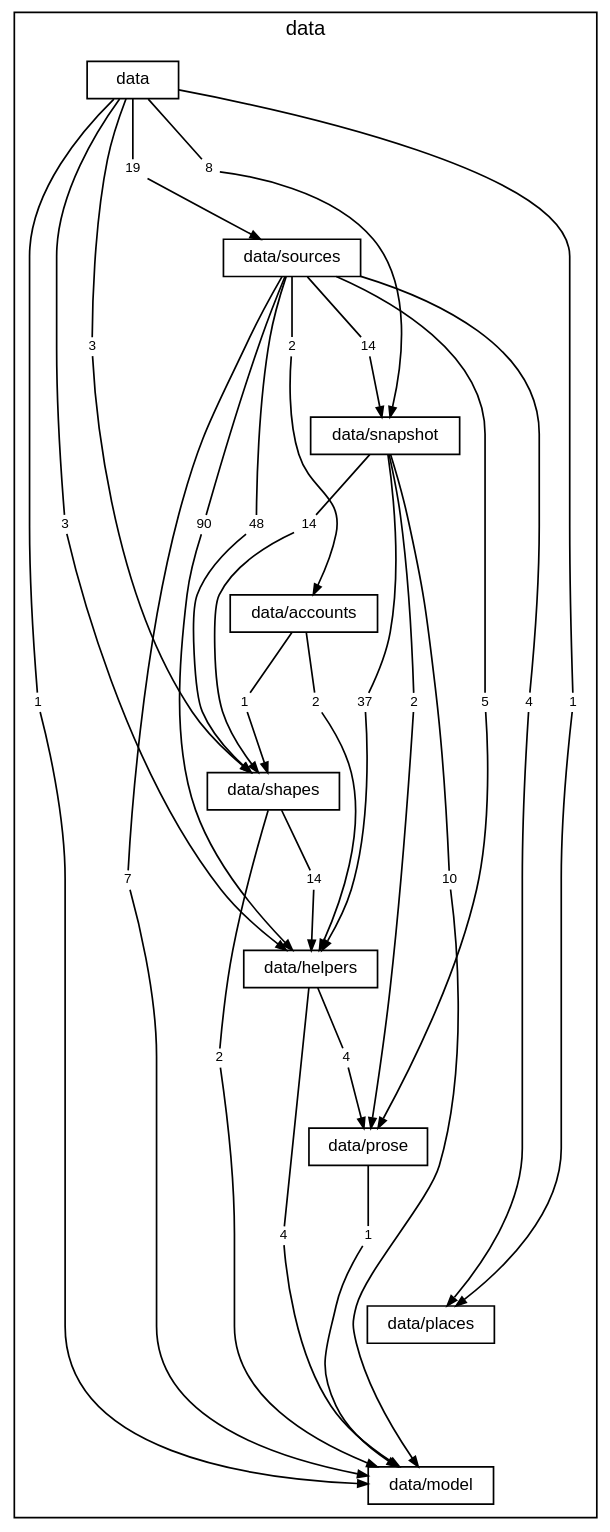
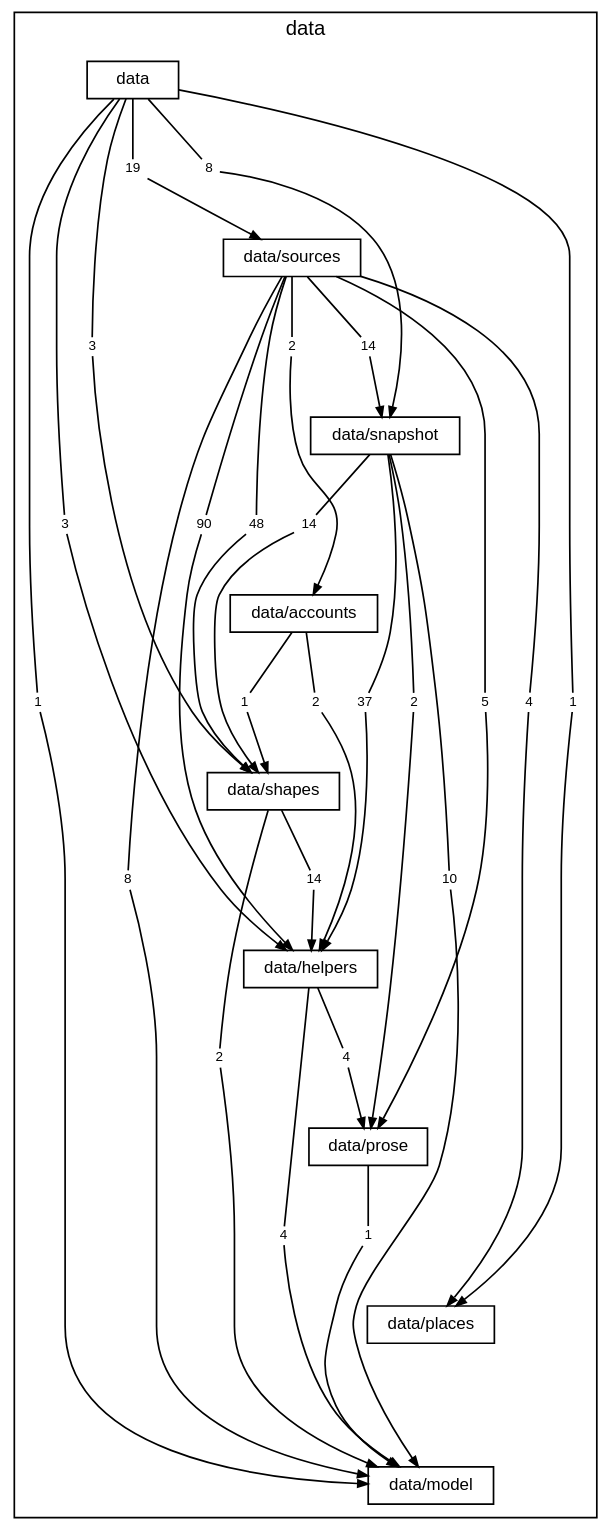
One commit to TheAxeC/oculus changed the diagram in docs/diagrams/layer-data.dot. Above: the diagram before and after it, drawn with Graphviz. The commit also changed 46 other files, not shown here.

```diff
--- a/docs/diagrams/layer-data.dot
+++ b/docs/diagrams/layer-data.dot
@@ -1,97 +1,97 @@
 digraph layer_data {
     graph [bgcolor="transparent", rankdir=TB, newrank=true, mclimit=4, fontname="Helvetica", fontsize=12, nodesep=0.2, ranksep=0.5];
     node [shape=box, color="black", fontcolor="black", fontname="Helvetica", fontsize=10, height=0.3, margin="0.12,0.04"];
     edge [color="black", fontcolor="black", fontname="Helvetica", fontsize=8, arrowsize=0.6];
     subgraph "cluster_data" {
         label="data"; style=solid;
         "folder data" [label="data"];
         "folder data/sources" [label="data/sources"];
         "folder data/snapshot" [label="data/snapshot"];
         "folder data/accounts" [label="data/accounts"];
         "folder data/shapes" [label="data/shapes"];
         "folder data/helpers" [label="data/helpers"];
         "folder data/prose" [label="data/prose"];
         "folder data/places" [label="data/places"];
         "folder data/model" [label="data/model"];
         "folder data to folder data/helpers" [label="3", shape=box, color="transparent", fontsize=8, width=0, height=0, margin="0.04,0.02"];
         "folder data to folder data/model" [label="1", shape=box, color="transparent", fontsize=8, width=0, height=0, margin="0.04,0.02"];
         "folder data to folder data/places" [label="1", shape=box, color="transparent", fontsize=8, width=0, height=0, margin="0.04,0.02"];
         "folder data to folder data/shapes" [label="3", shape=box, color="transparent", fontsize=8, width=0, height=0, margin="0.04,0.02"];
         "folder data to folder data/snapshot" [label="8", shape=box, color="transparent", fontsize=8, width=0, height=0, margin="0.04,0.02"];
         "folder data to folder data/sources" [label="19", shape=box, color="transparent", fontsize=8, width=0, height=0, margin="0.04,0.02"];
         "folder data/sources to folder data/accounts" [label="2", shape=box, color="transparent", fontsize=8, width=0, height=0, margin="0.04,0.02"];
         "folder data/sources to folder data/helpers" [label="90", shape=box, color="transparent", fontsize=8, width=0, height=0, margin="0.04,0.02"];
-        "folder data/sources to folder data/model" [label="7", shape=box, color="transparent", fontsize=8, width=0, height=0, margin="0.04,0.02"];
+        "folder data/sources to folder data/model" [label="8", shape=box, color="transparent", fontsize=8, width=0, height=0, margin="0.04,0.02"];
         "folder data/sources to folder data/places" [label="4", shape=box, color="transparent", fontsize=8, width=0, height=0, margin="0.04,0.02"];
         "folder data/sources to folder data/prose" [label="5", shape=box, color="transparent", fontsize=8, width=0, height=0, margin="0.04,0.02"];
         "folder data/sources to folder data/shapes" [label="48", shape=box, color="transparent", fontsize=8, width=0, height=0, margin="0.04,0.02"];
         "folder data/sources to folder data/snapshot" [label="14", shape=box, color="transparent", fontsize=8, width=0, height=0, margin="0.04,0.02"];
         "folder data/snapshot to folder data/helpers" [label="37", shape=box, color="transparent", fontsize=8, width=0, height=0, margin="0.04,0.02"];
         "folder data/snapshot to folder data/model" [label="10", shape=box, color="transparent", fontsize=8, width=0, height=0, margin="0.04,0.02"];
         "folder data/snapshot to folder data/prose" [label="2", shape=box, color="transparent", fontsize=8, width=0, height=0, margin="0.04,0.02"];
         "folder data/snapshot to folder data/shapes" [label="14", shape=box, color="transparent", fontsize=8, width=0, height=0, margin="0.04,0.02"];
         "folder data/accounts to folder data/helpers" [label="2", shape=box, color="transparent", fontsize=8, width=0, height=0, margin="0.04,0.02"];
         "folder data/accounts to folder data/shapes" [label="1", shape=box, color="transparent", fontsize=8, width=0, height=0, margin="0.04,0.02"];
         "folder data/shapes to folder data/helpers" [label="14", shape=box, color="transparent", fontsize=8, width=0, height=0, margin="0.04,0.02"];
         "folder data/shapes to folder data/model" [label="2", shape=box, color="transparent", fontsize=8, width=0, height=0, margin="0.04,0.02"];
         "folder data/helpers to folder data/model" [label="4", shape=box, color="transparent", fontsize=8, width=0, height=0, margin="0.04,0.02"];
         "folder data/helpers to folder data/prose" [label="4", shape=box, color="transparent", fontsize=8, width=0, height=0, margin="0.04,0.02"];
         "folder data/prose to folder data/model" [label="1", shape=box, color="transparent", fontsize=8, width=0, height=0, margin="0.04,0.02"];
     }
     "folder data" -> "folder data/sources" [style=invis, weight=10, minlen=2];
     "folder data/sources" -> "folder data/snapshot" [style=invis, weight=10, minlen=2];
     "folder data/snapshot" -> "folder data/accounts" [style=invis, weight=10, minlen=2];
     "folder data/accounts" -> "folder data/shapes" [style=invis, weight=10, minlen=2];
     "folder data/shapes" -> "folder data/helpers" [style=invis, weight=10, minlen=2];
     "folder data/helpers" -> "folder data/prose" [style=invis, weight=10, minlen=2];
     "folder data/prose" -> "folder data/places" [style=invis, weight=10, minlen=2];
     "folder data/places" -> "folder data/model" [style=invis, weight=10, minlen=2];
     "folder data" -> "folder data to folder data/helpers" [arrowhead=none, minlen=5, weight=10];
     "folder data to folder data/helpers" -> "folder data/helpers" [];
     "folder data" -> "folder data to folder data/model" [arrowhead=none, minlen=7, weight=10];
     "folder data to folder data/model" -> "folder data/model" [];
     "folder data" -> "folder data to folder data/places" [arrowhead=none, minlen=7, weight=10];
     "folder data to folder data/places" -> "folder data/places" [];
     "folder data" -> "folder data to folder data/shapes" [arrowhead=none, minlen=3, weight=10];
     "folder data to folder data/shapes" -> "folder data/shapes" [];
     "folder data" -> "folder data to folder data/snapshot" [arrowhead=none, minlen=1, weight=10];
     "folder data to folder data/snapshot" -> "folder data/snapshot" [];
     "folder data" -> "folder data to folder data/sources" [arrowhead=none, minlen=1, weight=10];
     "folder data to folder data/sources" -> "folder data/sources" [];
     "folder data/sources" -> "folder data/sources to folder data/accounts" [arrowhead=none, minlen=1, weight=10];
     "folder data/sources to folder data/accounts" -> "folder data/accounts" [];
     "folder data/sources" -> "folder data/sources to folder data/helpers" [arrowhead=none, minlen=3, weight=10];
     "folder data/sources to folder data/helpers" -> "folder data/helpers" [];
     "folder data/sources" -> "folder data/sources to folder data/model" [arrowhead=none, minlen=7, weight=10];
     "folder data/sources to folder data/model" -> "folder data/model" [];
     "folder data/sources" -> "folder data/sources to folder data/places" [arrowhead=none, minlen=5, weight=10];
     "folder data/sources to folder data/places" -> "folder data/places" [];
     "folder data/sources" -> "folder data/sources to folder data/prose" [arrowhead=none, minlen=5, weight=10];
     "folder data/sources to folder data/prose" -> "folder data/prose" [];
     "folder data/sources" -> "folder data/sources to folder data/shapes" [arrowhead=none, minlen=3, weight=10];
     "folder data/sources to folder data/shapes" -> "folder data/shapes" [];
     "folder data/sources" -> "folder data/sources to folder data/snapshot" [arrowhead=none, minlen=1, weight=10];
     "folder data/sources to folder data/snapshot" -> "folder data/snapshot" [];
     "folder data/snapshot" -> "folder data/snapshot to folder data/helpers" [arrowhead=none, minlen=3, weight=10];
     "folder data/snapshot to folder data/helpers" -> "folder data/helpers" [];
     "folder data/snapshot" -> "folder data/snapshot to folder data/model" [arrowhead=none, minlen=5, weight=10];
     "folder data/snapshot to folder data/model" -> "folder data/model" [];
     "folder data/snapshot" -> "folder data/snapshot to folder data/prose" [arrowhead=none, minlen=3, weight=10];
     "folder data/snapshot to folder data/prose" -> "folder data/prose" [];
     "folder data/snapshot" -> "folder data/snapshot to folder data/shapes" [arrowhead=none, minlen=1, weight=10];
     "folder data/snapshot to folder data/shapes" -> "folder data/shapes" [];
     "folder data/accounts" -> "folder data/accounts to folder data/helpers" [arrowhead=none, minlen=1, weight=10];
     "folder data/accounts to folder data/helpers" -> "folder data/helpers" [];
     "folder data/accounts" -> "folder data/accounts to folder data/shapes" [arrowhead=none, minlen=1, weight=10];
     "folder data/accounts to folder data/shapes" -> "folder data/shapes" [];
     "folder data/shapes" -> "folder data/shapes to folder data/helpers" [arrowhead=none, minlen=1, weight=10];
     "folder data/shapes to folder data/helpers" -> "folder data/helpers" [];
     "folder data/shapes" -> "folder data/shapes to folder data/model" [arrowhead=none, minlen=3, weight=10];
     "folder data/shapes to folder data/model" -> "folder data/model" [];
     "folder data/helpers" -> "folder data/helpers to folder data/model" [arrowhead=none, minlen=3, weight=10];
     "folder data/helpers to folder data/model" -> "folder data/model" [];
     "folder data/helpers" -> "folder data/helpers to folder data/prose" [arrowhead=none, minlen=1, weight=10];
     "folder data/helpers to folder data/prose" -> "folder data/prose" [];
     "folder data/prose" -> "folder data/prose to folder data/model" [arrowhead=none, minlen=1, weight=10];
     "folder data/prose to folder data/model" -> "folder data/model" [];
 }
```
